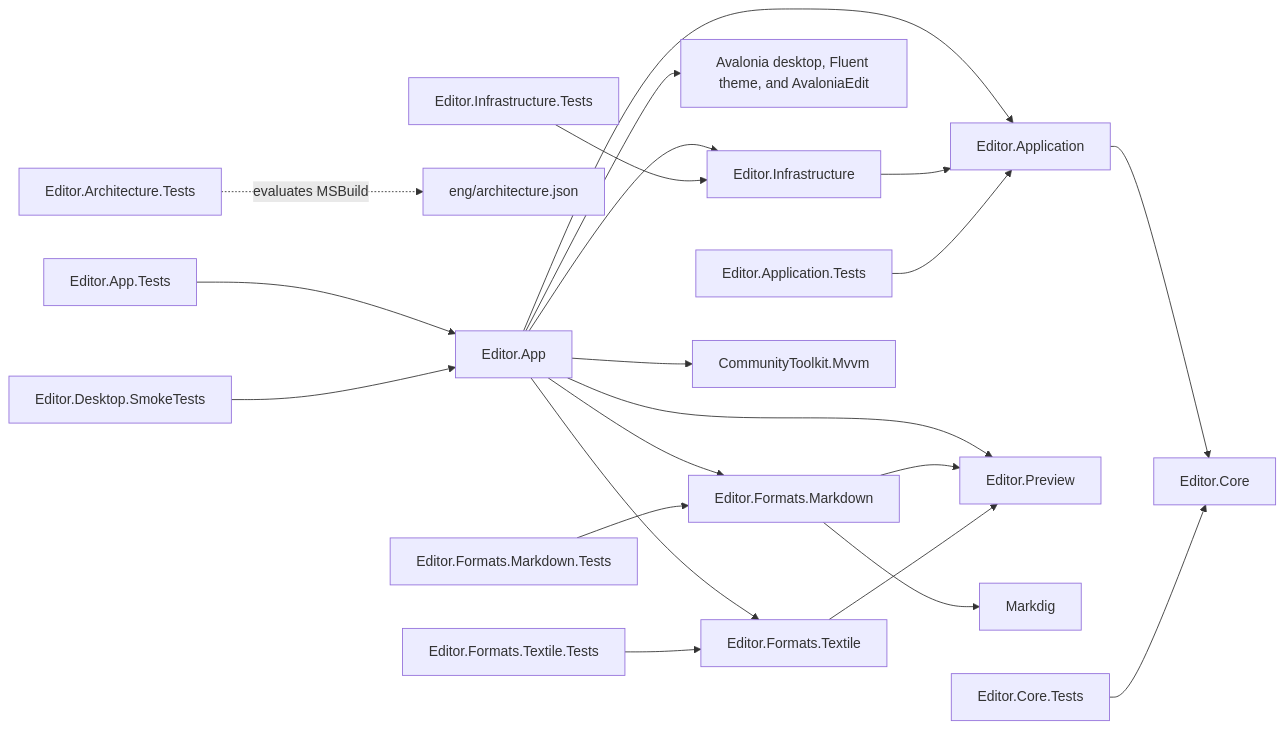
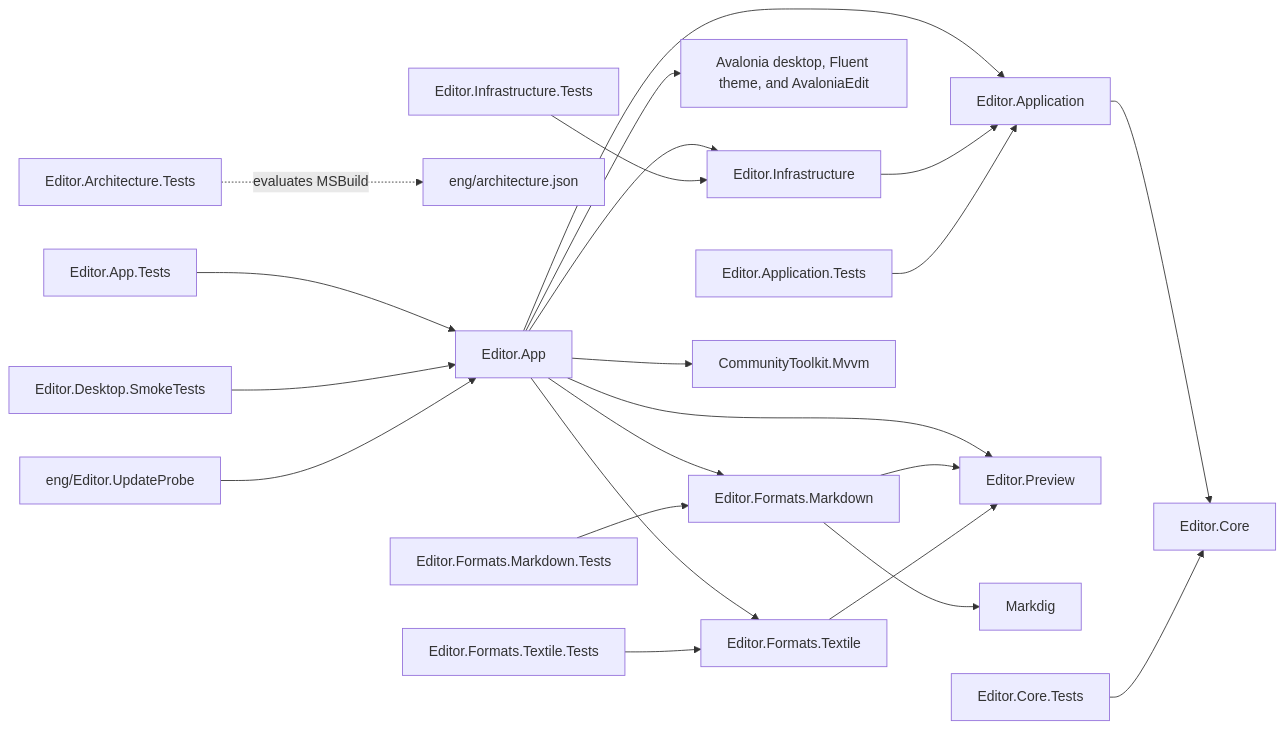
One commit to daniel-kindl/tangopad changed the diagram in docs/architecture.md. Above: the diagram before and after it, drawn with Mermaid. The commit also changed other lines of this file and 30 other files, not shown here.

````diff
--- a/docs/architecture.md
+++ b/docs/architecture.md
@@ -13,23 +13,24 @@
 ```mermaid
 flowchart LR
     App[Editor.App] --> Application[Editor.Application]
     App --> Infrastructure
     Application --> Core[Editor.Core]
     Infrastructure[Editor.Infrastructure] --> Application
     App --> Avalonia[Avalonia desktop, Fluent theme, and AvaloniaEdit]
     App --> Markdown[Editor.Formats.Markdown]
     App --> Textile[Editor.Formats.Textile]
     App --> Preview[Editor.Preview]
     Markdown --> Preview
     Textile --> Preview
     Markdown --> Markdig
     App --> Toolkit[CommunityToolkit.Mvvm]
     ArchitectureTests[Editor.Architecture.Tests] -. evaluates MSBuild .-> Policy[eng/architecture.json]
     ApplicationTests[Editor.Application.Tests] --> Application
     CoreTests[Editor.Core.Tests] --> Core
     InfrastructureTests[Editor.Infrastructure.Tests] --> Infrastructure
     MarkdownTests[Editor.Formats.Markdown.Tests] --> Markdown
     TextileTests[Editor.Formats.Textile.Tests] --> Textile
     AppTests[Editor.App.Tests] --> App
     SmokeTests[Editor.Desktop.SmokeTests] --> App
+    UpdateProbe[eng/Editor.UpdateProbe] --> App
 ```
````
